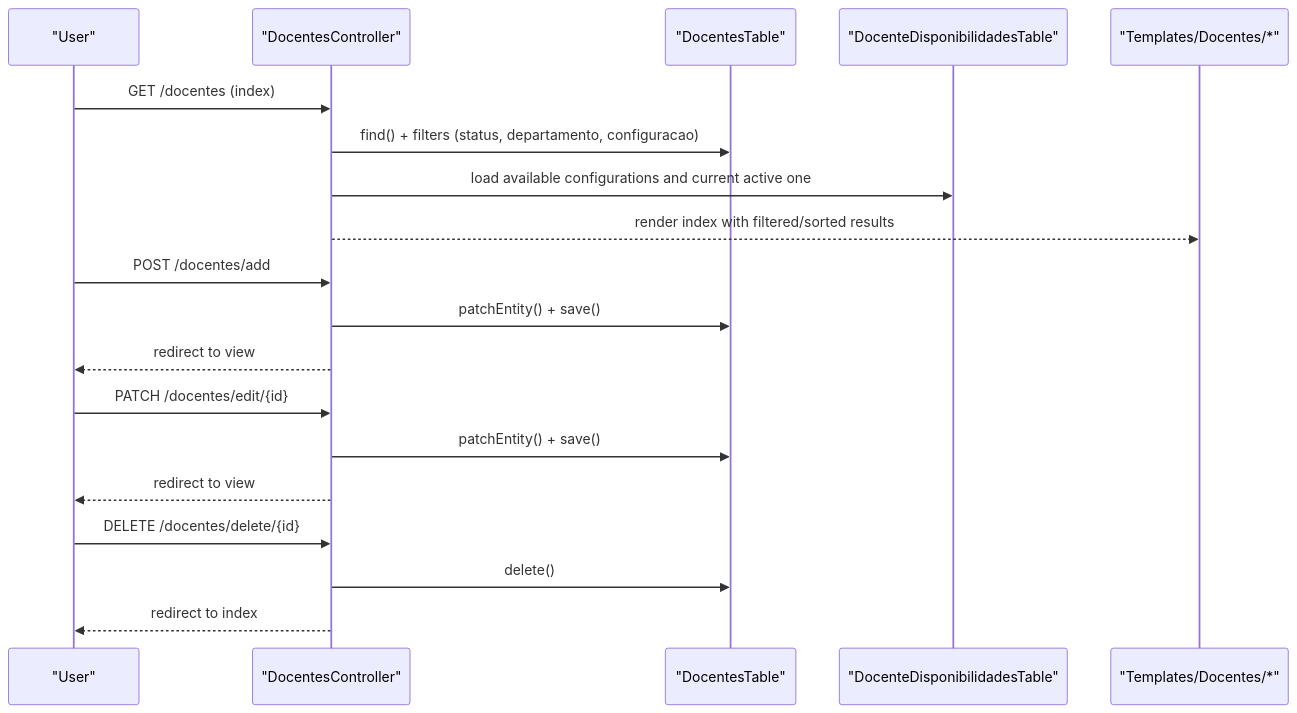
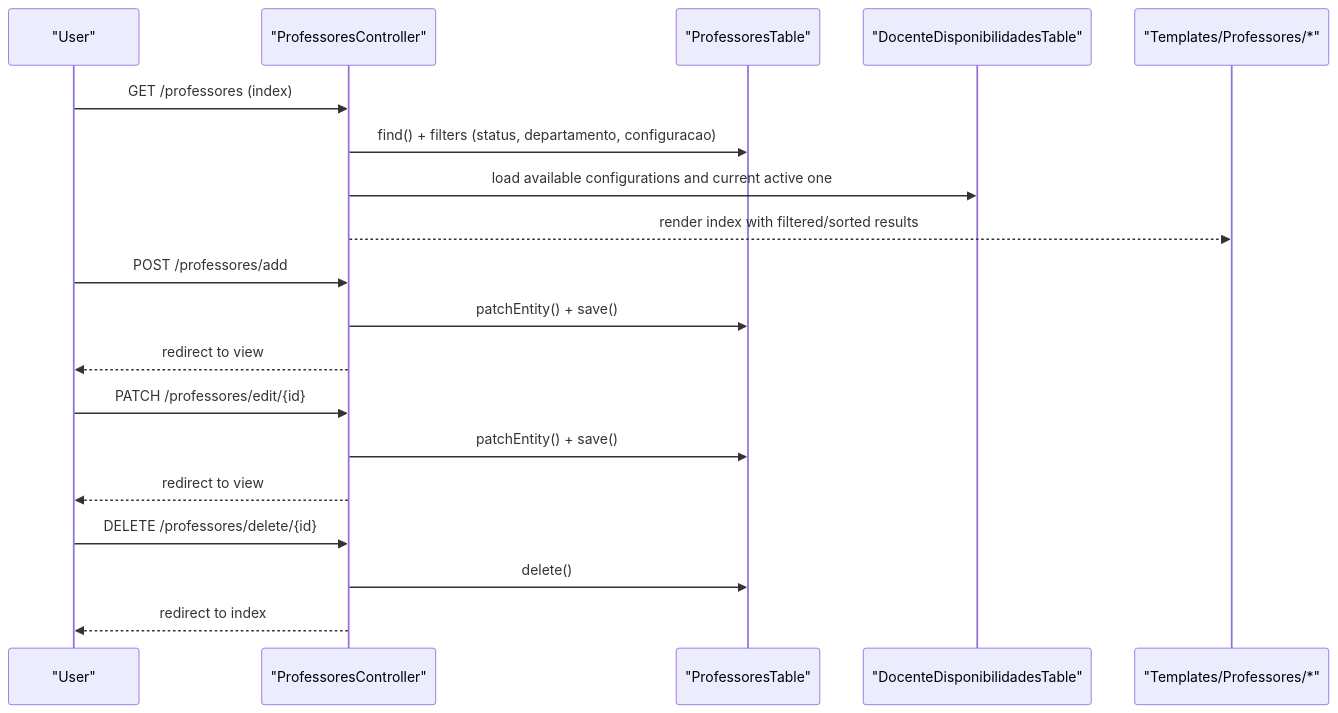
The second of 6 diagrams in .qoder/repowiki/en/content/Project Overview/Core Features Overview/Faculty Management/Faculty Profile Management.md (luiseduacosta/planejamento5), drawn with Mermaid before and after one commit. The commit also changed other lines of this file and 37 other files, not shown here.

Commit message:
repowiki: rename Docentes → Professores in metadata

````diff
--- a/.qoder/repowiki/en/content/Project Overview/Core Features Overview/Faculty Management/Faculty Profile Management.md
+++ b/.qoder/repowiki/en/content/Project Overview/Core Features Overview/Faculty Management/Faculty Profile Management.md
@@ -131,21 +131,21 @@
 ```mermaid
 sequenceDiagram
 participant U as "User"
-participant C as "DocentesController"
-participant T as "DocentesTable"
+participant C as "ProfessoresController"
+participant T as "ProfessoresTable"
 participant D as "DocenteDisponibilidadesTable"
-participant V as "Templates/Docentes/*"
-U->>C : GET /docentes (index)
+participant V as "Templates/Professores/*"
+U->>C : GET /professores (index)
 C->>T : find() + filters (status, departamento, configuracao)
 C->>D : load available configurations and current active one
 C-->>V : render index with filtered/sorted results
-U->>C : POST /docentes/add
+U->>C : POST /professores/add
 C->>T : patchEntity() + save()
 C-->>U : redirect to view
-U->>C : PATCH /docentes/edit/{id}
+U->>C : PATCH /professores/edit/{id}
 C->>T : patchEntity() + save()
 C-->>U : redirect to view
-U->>C : DELETE /docentes/delete/{id}
+U->>C : DELETE /professores/delete/{id}
 C->>T : delete()
 C-->>U : redirect to index
 ```
````
